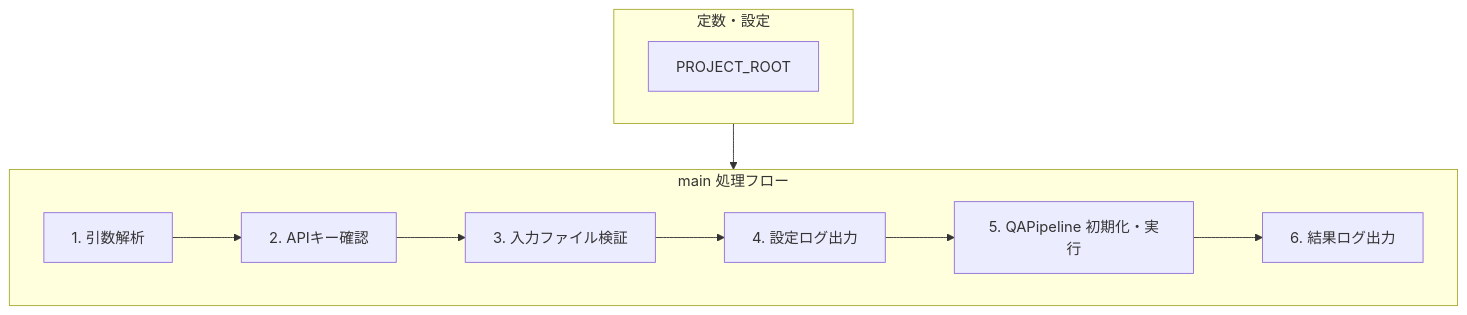
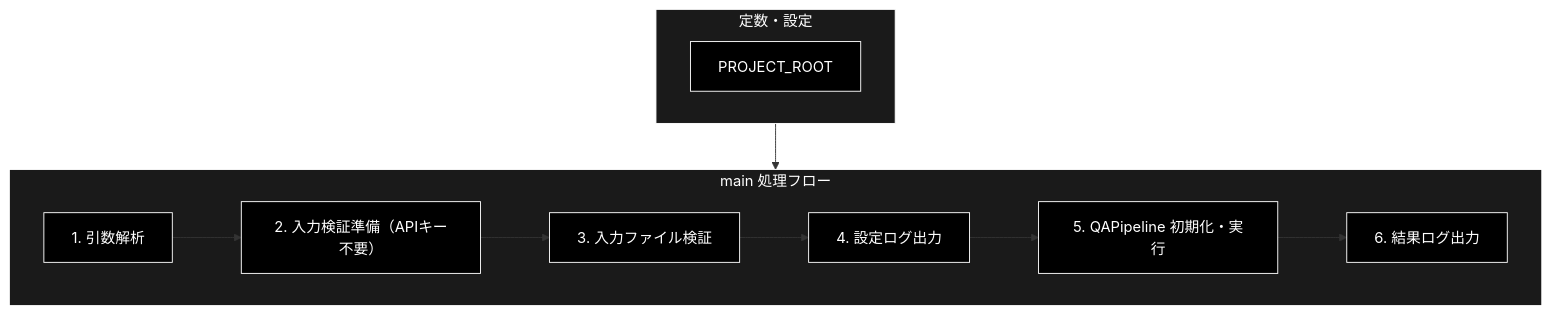
Before and after one commit to nakashima2toshio/ollama_grace_agent_v2: the second of 4 diagrams in qa_qdrant/doc/make_qa.md, drawn with Mermaid. The commit also changed other lines of this file and 12 other files, not shown here.

````diff
--- a/qa_qdrant/doc/make_qa.md
+++ b/qa_qdrant/doc/make_qa.md
@@ -156,22 +164,27 @@
 ```mermaid
 flowchart TB
     subgraph CONST["定数・設定"]
-        PROJECT_ROOT[PROJECT_ROOT]
+        PROJECT_ROOT["PROJECT_ROOT"]
     end
 
     subgraph MAIN_FLOW["main 処理フロー"]
-        ARGPARSE[1. 引数解析]
-        VALIDATE_KEY[2. APIキー確認]
-        VALIDATE_FILE[3. 入力ファイル検証]
-        LOG_CONFIG[4. 設定ログ出力]
-        INIT_PIPE[5. QAPipeline 初期化・実行]
-        LOG_RESULT[6. 結果ログ出力]
+        ARGPARSE["1. 引数解析"]
+        VALIDATE_KEY["2. 入力検証準備（APIキー不要）"]
+        VALIDATE_FILE["3. 入力ファイル検証"]
+        LOG_CONFIG["4. 設定ログ出力"]
+        INIT_PIPE["5. QAPipeline 初期化・実行"]
+        LOG_RESULT["6. 結果ログ出力"]
     end
 
     CONST --> MAIN_FLOW
     ARGPARSE --> VALIDATE_KEY
     VALIDATE_KEY --> VALIDATE_FILE
     VALIDATE_FILE --> LOG_CONFIG
     LOG_CONFIG --> INIT_PIPE
     INIT_PIPE --> LOG_RESULT
+classDef default fill:#000,stroke:#fff,color:#fff
+classDef subgraphStyle fill:#1a1a1a,stroke:#fff,color:#fff
+class PROJECT_ROOT,ARGPARSE,VALIDATE_KEY,VALIDATE_FILE,LOG_CONFIG,INIT_PIPE,LOG_RESULT default
+style CONST fill:#1a1a1a,stroke:#fff,color:#fff
+style MAIN_FLOW fill:#1a1a1a,stroke:#fff,color:#fff
 ```
````
